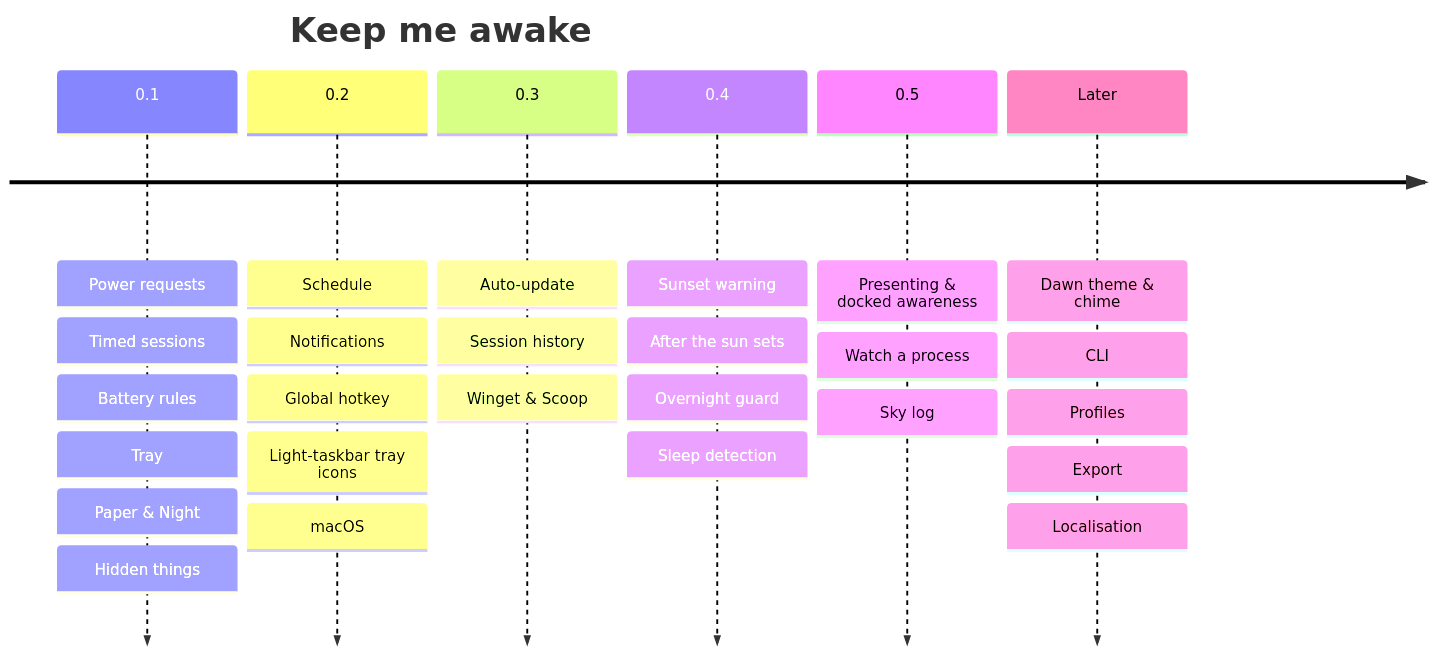
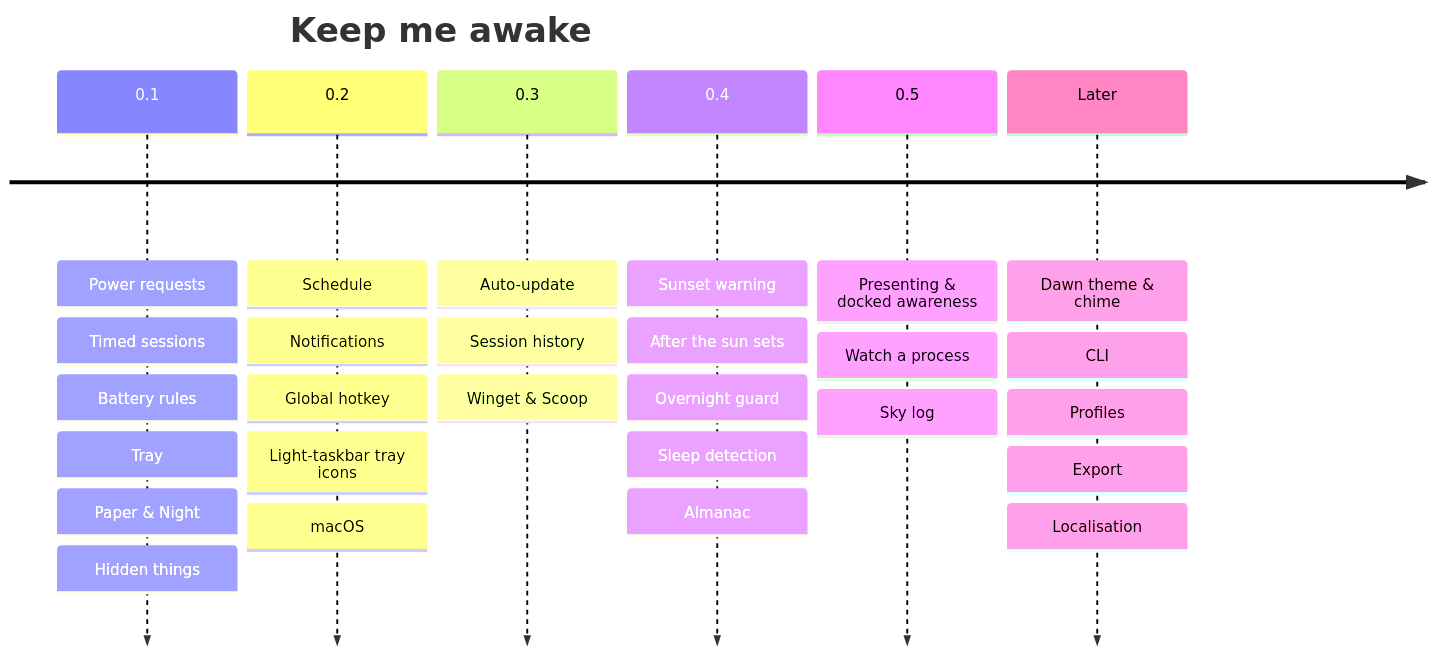
Before and after one commit to ax5hay/KeepMeAwake: the diagram in docs/roadmap.md, drawn with Mermaid. The commit also changed other lines of this file and 2 other files, not shown here.

First line of the commit message:
docs(specs): the almanac

````diff
--- a/docs/roadmap.md
+++ b/docs/roadmap.md
@@ -8,10 +8,10 @@
 ```mermaid
 timeline
     title Keep me awake
     0.1 : Power requests : Timed sessions : Battery rules : Tray : Paper & Night : Hidden things
     0.2 : Schedule : Notifications : Global hotkey : Light-taskbar tray icons : macOS
     0.3 : Auto-update : Session history : Winget & Scoop
-    0.4 : Sunset warning : After the sun sets : Overnight guard : Sleep detection
+    0.4 : Sunset warning : After the sun sets : Overnight guard : Sleep detection : Almanac
     0.5 : Presenting & docked awareness : Watch a process : Sky log
     Later : Dawn theme & chime : CLI : Profiles : Export : Localisation
 ```
````
